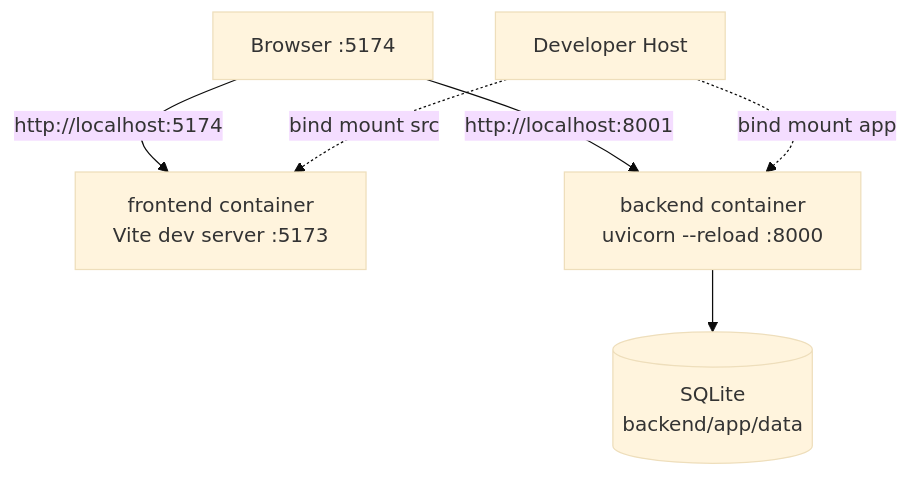
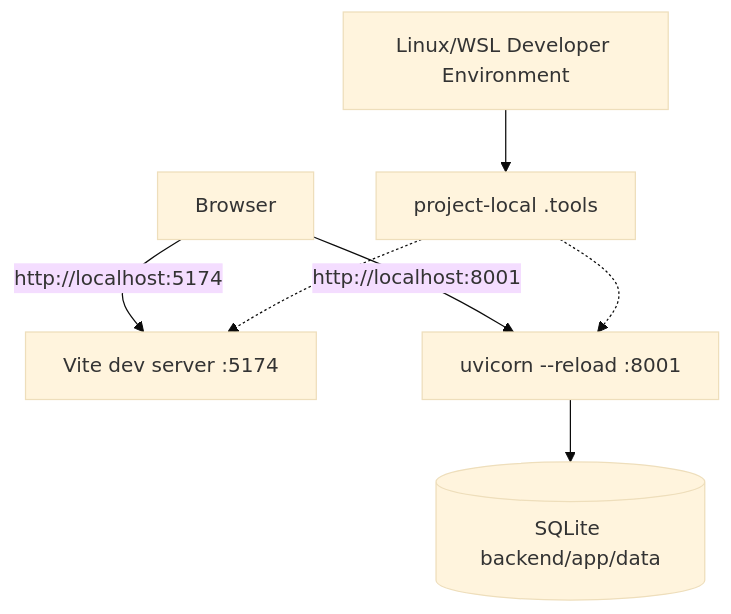
The diagram in docs/deliverables/architecture/02_deployment_design.md (KokiNakano2nd/ec2site), drawn with Mermaid (base theme) before and after one commit. The commit also changed other lines of this file and 82 other files, not shown here.

````diff
--- a/docs/deliverables/architecture/02_deployment_design.md
+++ b/docs/deliverables/architecture/02_deployment_design.md
@@ -17,14 +17,16 @@
 ```mermaid
 flowchart TB
-    Host["Developer Host"]
-    Browser["Browser :5174"]
-    Frontend["frontend container<br/>Vite dev server :5173"]
-    Backend["backend container<br/>uvicorn --reload :8000"]
-    DB[("SQLite<br/>backend/app/data")]
+    Host["Linux/WSL Developer Environment"]
+    Browser["Browser"]
+    Frontend["Vite dev server :5174"]
+    Backend["uvicorn --reload :8001"]
+    DB[("SQLite backend/app/data")]
+    Tools["project-local .tools"]
 
     Browser -->|http://localhost:5174| Frontend
     Browser -->|http://localhost:8001| Backend
     Backend --> DB
-    Host -.->|bind mount src| Frontend
-    Host -.->|bind mount app| Backend
+    Tools -.-> Frontend
+    Tools -.-> Backend
+    Host --> Tools
 ```
````
